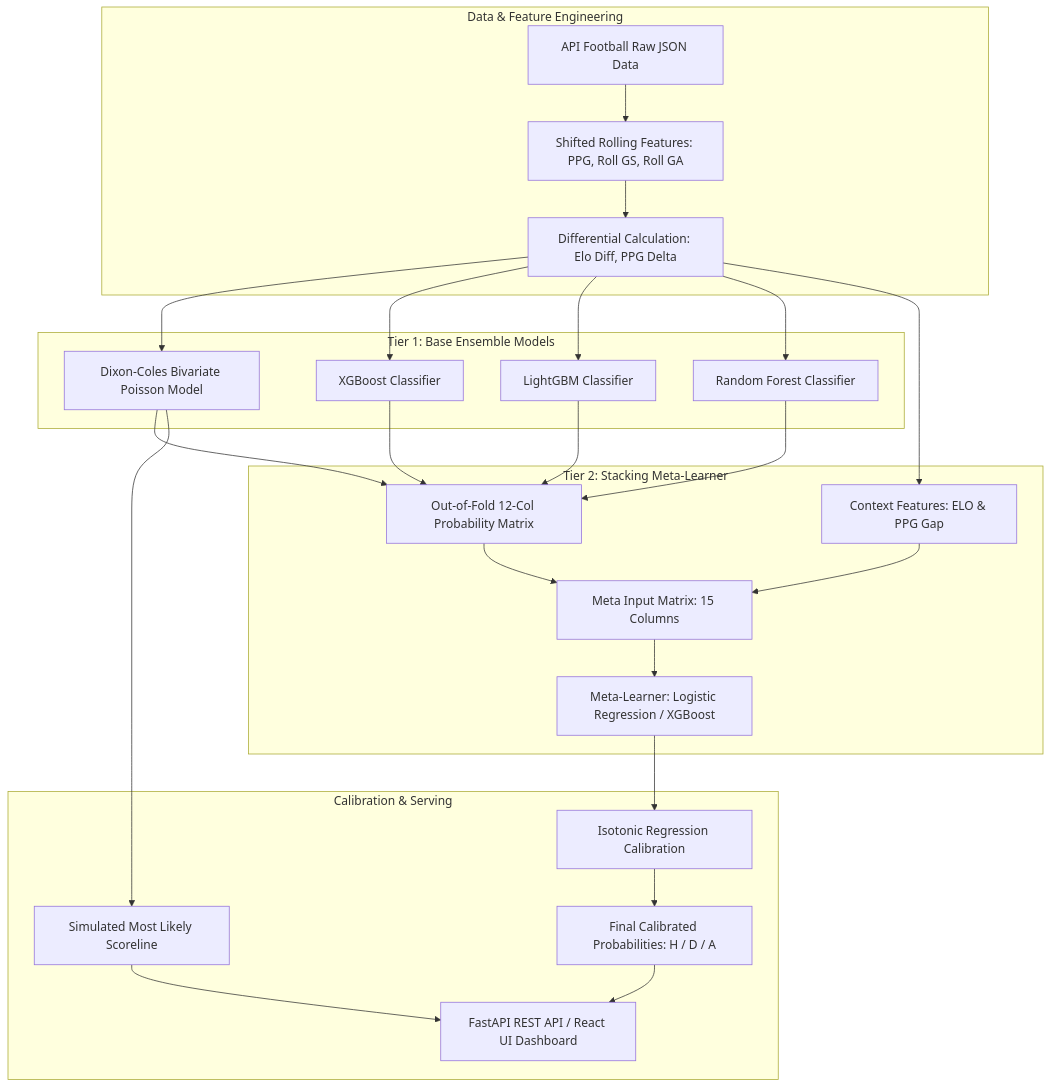
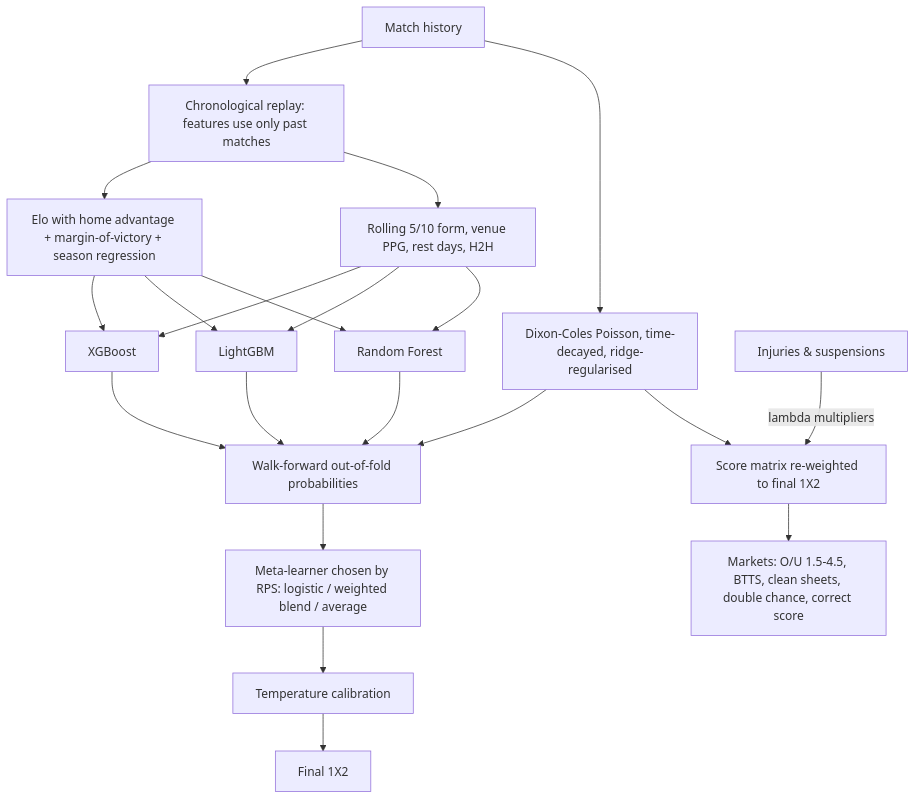
Before and after one commit to SayantanSheet/LaligaPrediction: the diagram in README.md, drawn with Mermaid. The commit also changed other lines of this file and 162 other files, not shown here.

````diff
--- a/README.md
+++ b/README.md
@@ -68,28 +65,15 @@
 ```mermaid
 flowchart TD
-    subgraph Data & Feature Engineering
-        A[API Football Raw JSON Data] --> B[Shifted Rolling Features: PPG, Roll GS, Roll GA]
-        B --> C[Differential Calculation: Elo Diff, PPG Delta]
-    end
-
-    subgraph Tier 1: Base Ensemble Models
-        C --> D[Dixon-Coles Bivariate Poisson Model]
-        C --> E[XGBoost Classifier]
-        C --> F[LightGBM Classifier]
-        C --> G[Random Forest Classifier]
-    end
-
-    subgraph Tier 2: Stacking Meta-Learner
-        D & E & F & G --> H[Out-of-Fold 12-Col Probability Matrix]
-        C --> I[Context Features: ELO & PPG Gap]
-        H & I --> J[Meta Input Matrix: 15 Columns]
-        J --> K[Meta-Learner: Logistic Regression / XGBoost]
-    end
-
-    subgraph Calibration & Serving
-        K --> L[Isotonic Regression Calibration]
-        L --> M[Final Calibrated Probabilities: H / D / A]
-        D --> N[Simulated Most Likely Scoreline]
-        M & N --> O[FastAPI REST API / React UI Dashboard]
-    end
+    A[Match history] --> B[Chronological replay: features use only past matches]
+    B --> C[Elo with home advantage + margin-of-victory + season regression]
+    B --> D[Rolling 5/10 form, venue PPG, rest days, H2H]
+    A --> P[Dixon-Coles Poisson, time-decayed, ridge-regularised]
+    C & D --> X[XGBoost] & L[LightGBM] & R[Random Forest]
+    P & X & L & R --> O[Walk-forward out-of-fold probabilities]
+    O --> M[Meta-learner chosen by RPS: logistic / weighted blend / average]
+    M --> T[Temperature calibration]
+    T --> F[Final 1X2]
+    P --> S[Score matrix re-weighted to final 1X2]
+    S --> K[Markets: O/U 1.5-4.5, BTTS, clean sheets, double chance, correct score]
+    I[Injuries & suspensions] --> |lambda multipliers| S
 ```
````
